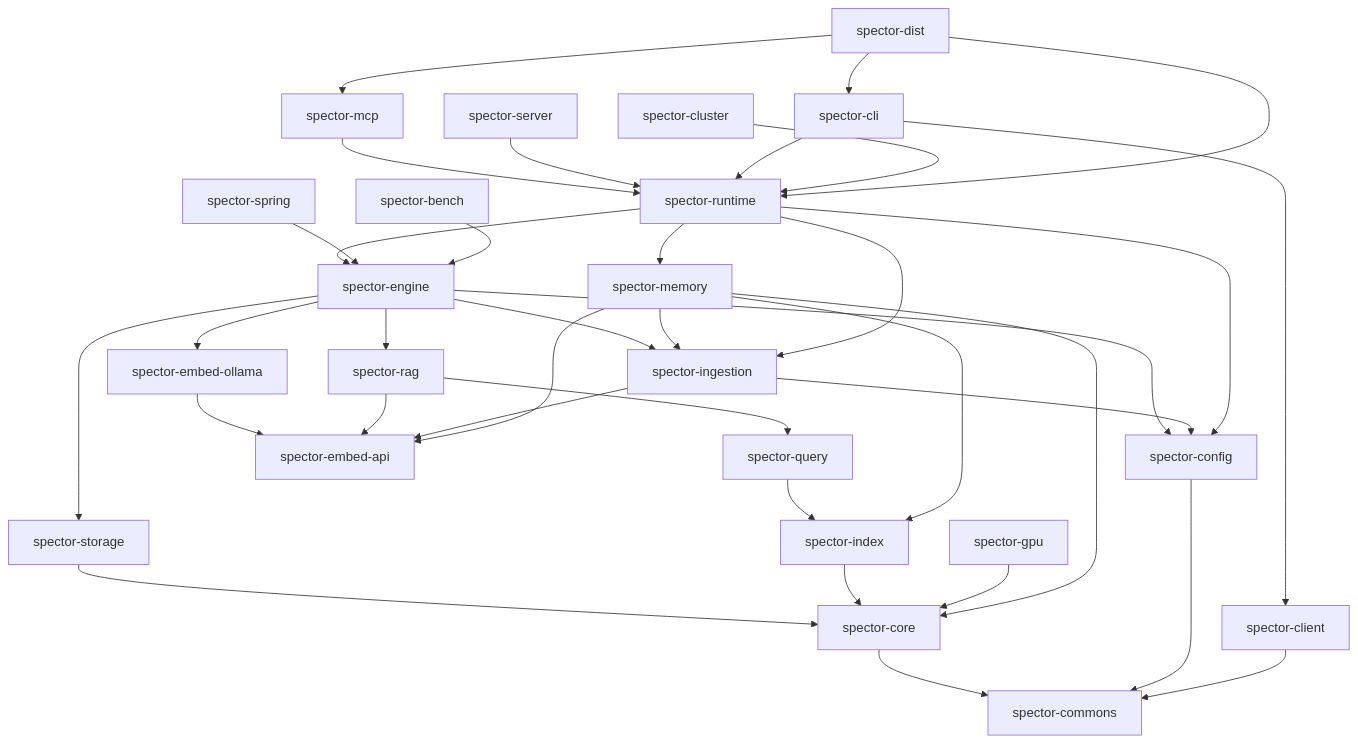
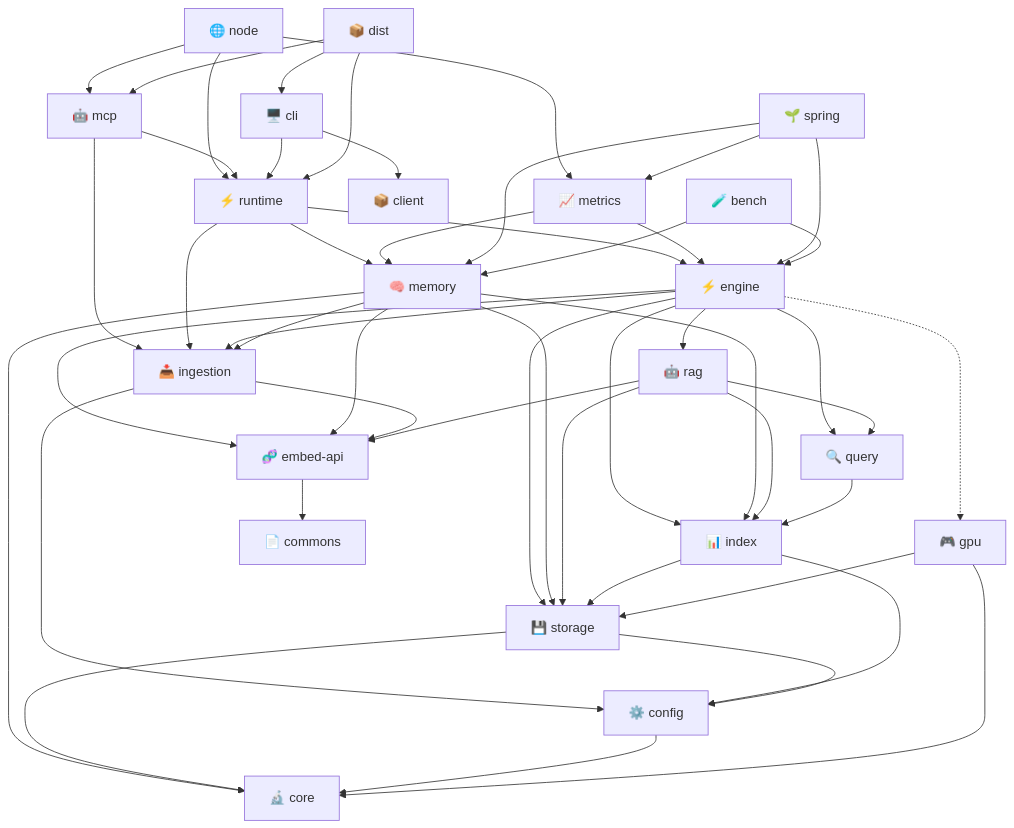
Before and after one commit to spectrayan/spector: the second of 3 diagrams in docs/docs/modules/index.md, drawn with Mermaid. The commit also changed other lines of this file and 10 other files, not shown here.

First line of the commit message:
docs: fix persistence paths, modules nav, and mermaid dark-mode CSS

````diff
--- a/docs/docs/modules/index.md
+++ b/docs/docs/modules/index.md
@@ -9,67 +53,60 @@
 ```mermaid
 graph TD
-    commons["spector-commons"]
-    core["spector-core"]
-    config["spector-config"]
-    storage["spector-storage"]
-    embedApi["spector-embed-api"]
-    embedOllama["spector-embed-ollama"]
-    idx["spector-index"]
-    query["spector-query"]
-    gpu["spector-gpu"]
-    rag["spector-rag"]
-    engine["spector-engine"]
-    ingestion["spector-ingestion"]
-    memory["spector-memory"]
-    runtime["spector-runtime"]
-    mcp["spector-mcp"]
-    server["spector-server"]
-    cli["spector-cli"]
-    client["spector-client"]
-    spring["spector-spring"]
-    cluster["spector-cluster"]
-    bench["spector-bench"]
-    dist["spector-dist"]
+    node["🌐 node"] --> runtime["⚡ runtime"]
+    node --> mcp["🤖 mcp"]
+    node --> metrics["📈 metrics"]
+    mcp --> runtime
+    mcp --> ingestion["📥 ingestion"]
+    cli["🖥️ cli"] --> runtime
+    cli --> client["📦 client"]
 
-    core --> commons
-    config --> commons
+    runtime --> engine["⚡ engine"]
+    runtime --> memory["🧠 memory"]
+    runtime --> ingestion
+
+    engine --> query["🔍 query"]
+    engine --> rag["🤖 rag"]
+    engine --> ingestion
+    engine --> index["📊 index"]
+    engine --> storage["💾 storage"]
+    engine --> embedapi["🧬 embed-api"]
+    engine -.-> gpu["🎮 gpu"]
+
+    memory --> index
+    memory --> storage
+    memory --> ingestion
+    memory --> embedapi
+    memory --> core["🔬 core"]
+
+    metrics --> engine
+    metrics --> memory
+
+    ingestion --> config["⚙️ config"]
+    ingestion --> embedapi
+
+    rag --> query
+    rag --> index
+    rag --> storage
+    rag --> embedapi
+
+    query --> index
+    index --> storage
+    index --> config
+    storage --> config
     storage --> core
-    embedOllama --> embedApi
-    idx --> core
-    query --> idx
+    config --> core
+
+    embedapi --> commons["📄 commons"]
     gpu --> core
-    rag --> query
-    rag --> embedApi
-    engine --> rag
-    engine --> storage
-    engine --> embedOllama
-    engine --> config
+    gpu --> storage
 
-    ingestion --> config
-    ingestion --> embedApi
-
-    engine --> ingestion
-    memory --> ingestion
-    memory --> core
-    memory --> embedApi
-    memory --> idx
-
-    runtime --> engine
-    runtime --> memory
-    runtime --> ingestion
-    runtime --> config
-
-    mcp --> runtime
-    server --> runtime
-    cli --> runtime
-    cli --> client
-
-    client --> commons
-    spring --> engine
-    cluster --> runtime
-    bench --> engine
-
-    dist --> mcp
+    dist["📦 dist"] --> mcp
     dist --> cli
     dist --> runtime
+
+    spring["🌱 spring"] --> engine
+    spring --> memory
+    spring --> metrics
+    bench["🧪 bench"] --> engine
+    bench --> memory
 ```
````
